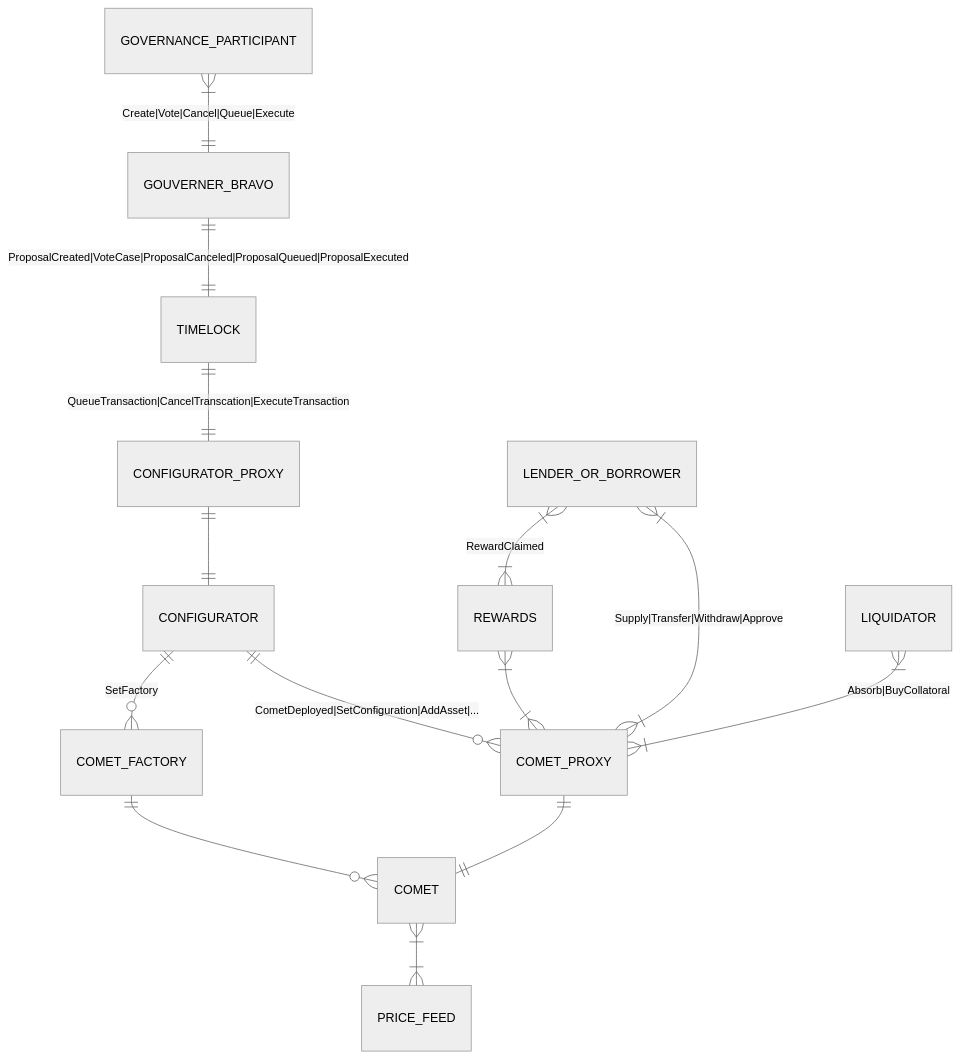
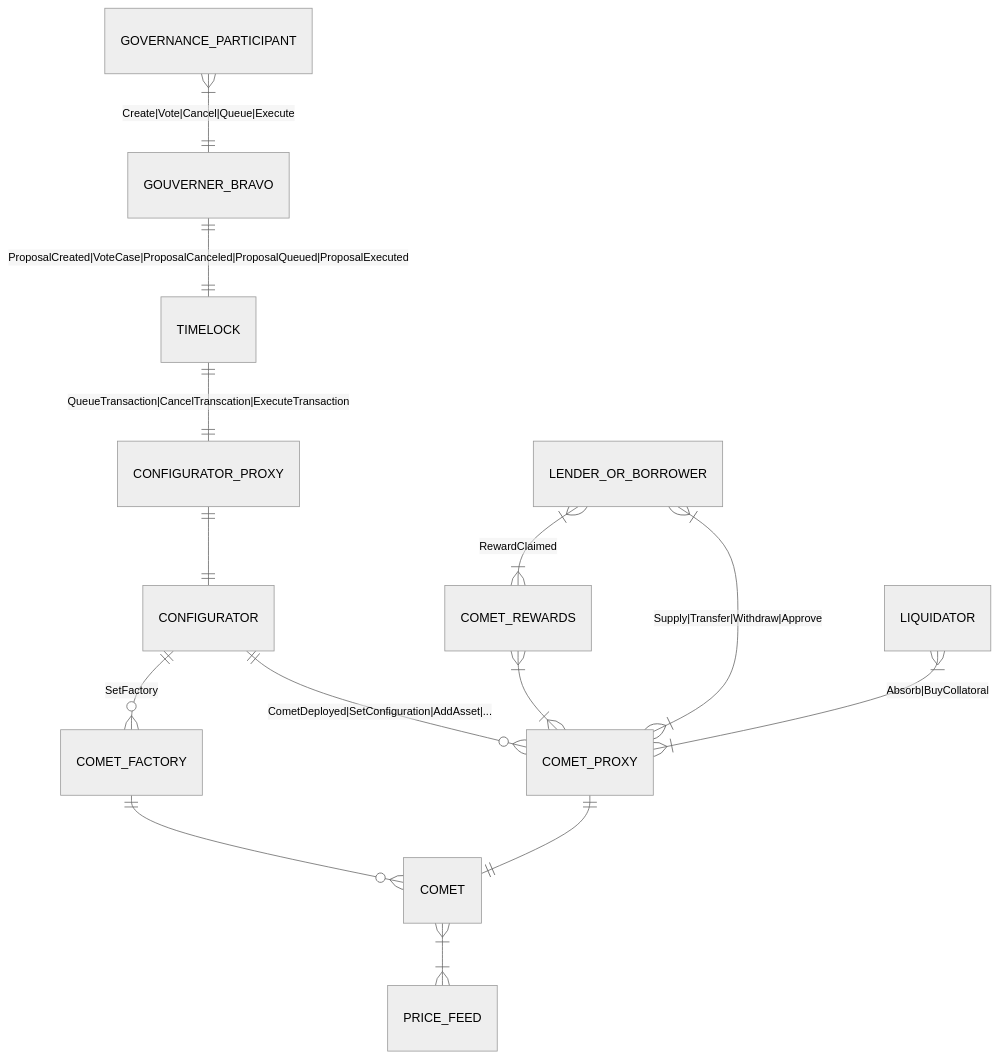
One commit to papercliplabs/compound-v3-subgraph changed the diagram in README.md. Above: the diagram before and after it, drawn with Mermaid (neutral theme). The commit also changed 1 other file, not shown here.

Commit message:
validation wip

````diff
--- a/README.md
+++ b/README.md
@@ -13,16 +13,16 @@
 ```mermaid
 erDiagram
 		GOUVERNER_BRAVO ||--|| TIMELOCK : "ProposalCreated|VoteCase|ProposalCanceled|ProposalQueued|ProposalExecuted"
 		TIMELOCK ||--|| CONFIGURATOR_PROXY : "QueueTransaction|CancelTranscation|ExecuteTransaction"
 		CONFIGURATOR_PROXY ||--|| CONFIGURATOR : ""
 		CONFIGURATOR ||--o{ COMET_FACTORY : "SetFactory"
 		COMET_FACTORY ||--o{ COMET : ""
 		CONFIGURATOR ||--o{ COMET_PROXY : "CometDeployed|SetConfiguration|AddAsset|..."
-		REWARDS }|--|{ COMET_PROXY : ""
+		COMET_REWARDS }|--|{ COMET_PROXY : ""
 		COMET_PROXY ||--|| COMET : ""
 		LENDER_OR_BORROWER }|--|{ COMET_PROXY : "Supply|Transfer|Withdraw|Approve"
-		LENDER_OR_BORROWER }|--|{ REWARDS : "RewardClaimed"
+		LENDER_OR_BORROWER }|--|{ COMET_REWARDS : "RewardClaimed"
 		GOVERNANCE_PARTICIPANT }|--|| GOUVERNER_BRAVO : "Create|Vote|Cancel|Queue|Execute"
 		LIQUIDATOR }|--|{ COMET_PROXY : "Absorb|BuyCollatoral"
 		COMET }|--|{ PRICE_FEED : ""
 ```
````
